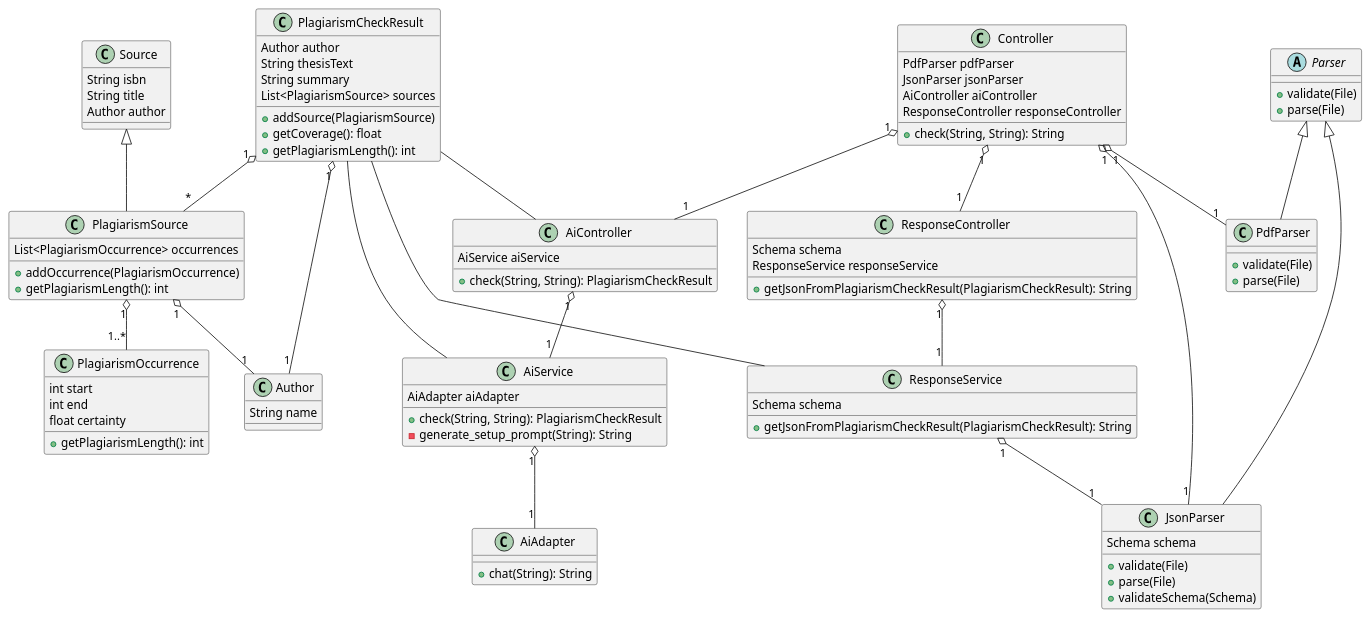
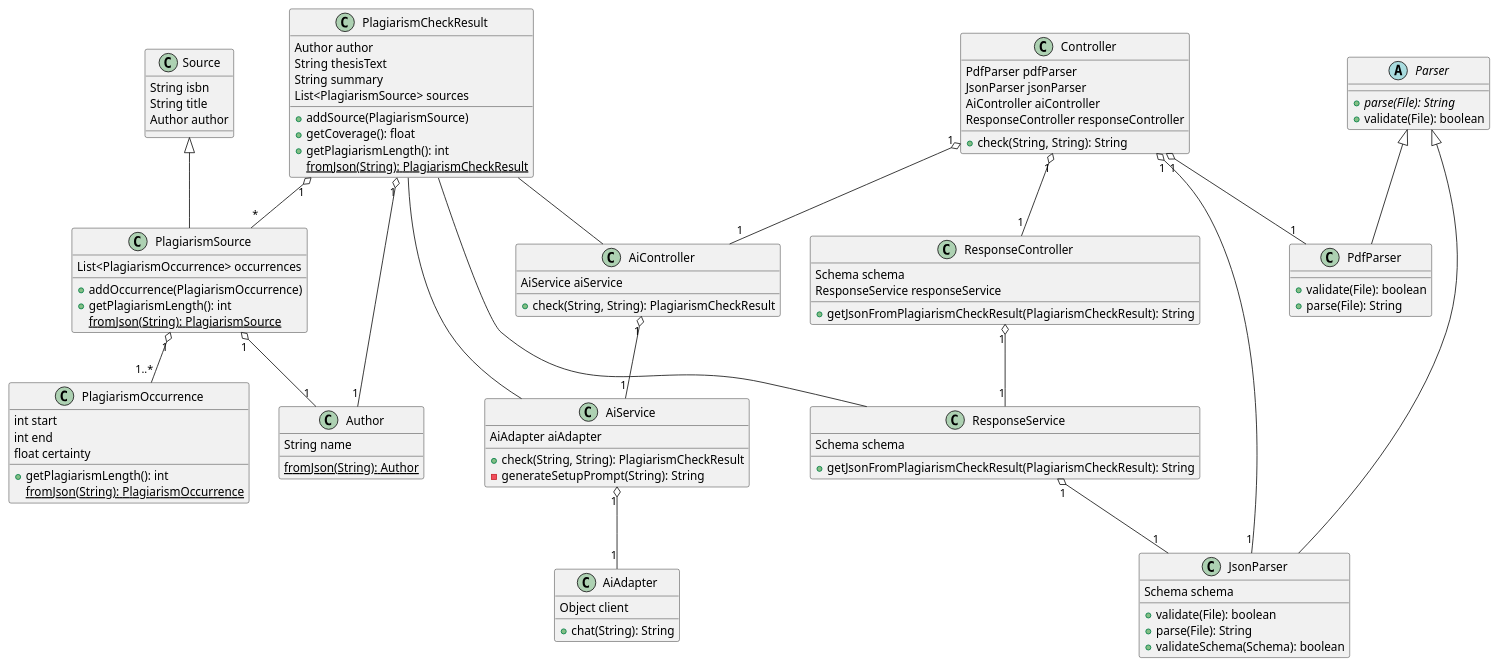
The diagram in diagrams/classes.puml (DHBW-FN/ti21-sweng2), drawn with PlantUML before and after one commit. The commit also changed 1 other file, not shown here.

Commit message:
fix(diagrams): Apply changes from prototype (#9)
* fix(diagrams): Apply changes from prototype

* fix(layout): Apply various changes

* fix(layout): Apply various changes

* fix(layout): Apply various changes

* fix(layout): Apply various changes

```diff
--- a/diagrams/classes.puml
+++ b/diagrams/classes.puml
@@ -1,103 +1,108 @@
 @startuml Klassendiagramm
 class PlagiarismCheckResult {
     Author author
     String thesisText
     String summary
     List<PlagiarismSource> sources
     +addSource(PlagiarismSource)
     +getCoverage(): float
     +getPlagiarismLength(): int
+    {static} fromJson(String): PlagiarismCheckResult
 }
 
 class PlagiarismSource extends Source {
     List<PlagiarismOccurrence> occurrences
     +addOccurrence(PlagiarismOccurrence)
     +getPlagiarismLength(): int
+    {static} fromJson(String): PlagiarismSource
 }
 
 class PlagiarismOccurrence {
     int start
     int end
     float certainty
     +getPlagiarismLength(): int
+    {static} fromJson(String): PlagiarismOccurrence
 }
 
 class Author {
     String name
+    {static} fromJson(String): Author
 }
 
 class Source {
     String isbn
     String title
     Author author
 }
 
 abstract class Parser {
-    +validate(File)
-    +parse(File)
+    {abstract} +parse(File): String
+    +validate(File): boolean
 }
 
 class PdfParser extends Parser {
-    +validate(File)
-    +parse(File)
+    +validate(File): boolean
+    +parse(File): String
 }
 
 class JsonParser extends Parser {
     Schema schema
-    +validate(File)
-    +parse(File)
-    +validateSchema(Schema)
+    +validate(File): boolean
+    +parse(File): String
+    +validateSchema(Schema): boolean
 }
 
 class Controller {
     PdfParser pdfParser
     JsonParser jsonParser
     AiController aiController
     ResponseController responseController
     +check(String, String): String
 }
 
 class AiController {
     AiService aiService
     +check(String, String): PlagiarismCheckResult
 }
 
 class AiService {
     AiAdapter aiAdapter
     +check(String, String): PlagiarismCheckResult
-    -generate_setup_prompt(String): String
+    -generateSetupPrompt(String): String
 }
 
 class AiAdapter {
+    Object client
     +chat(String): String
 }
 
 class ResponseController {
     Schema schema
     ResponseService responseService
     +getJsonFromPlagiarismCheckResult(PlagiarismCheckResult): String
 }
 
 class ResponseService {
     Schema schema
     +getJsonFromPlagiarismCheckResult(PlagiarismCheckResult): String
 }
 
 Controller "1" o-- "1" PdfParser
 Controller "1" o-- "1" JsonParser
 Controller "1" o-- "1" AiController
 AiController "1" o-- "1" AiService
 AiService "1" o-- "1" AiAdapter
 Controller "1" o-- "1" ResponseController
 ResponseController "1" o-- "1" ResponseService
 ResponseService "1" o-- "1" JsonParser
 
 PlagiarismCheckResult -- AiController
 PlagiarismCheckResult -- AiService
 PlagiarismCheckResult -- ResponseService
 
 PlagiarismCheckResult "1" o-- "*" PlagiarismSource
 PlagiarismCheckResult "1" o-- "1" Author
 PlagiarismSource "1" o-- "1..*" PlagiarismOccurrence
 PlagiarismSource "1" o-- "1" Author
 @enduml
```
